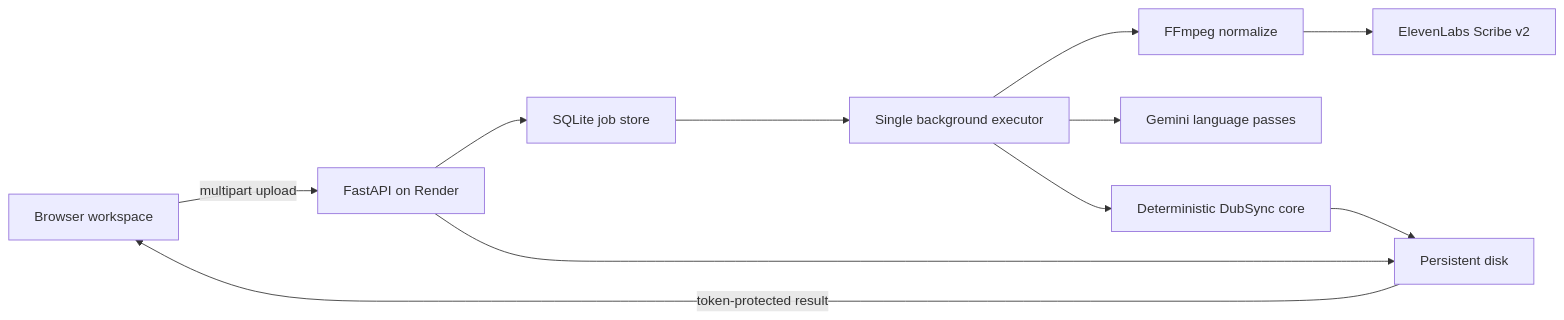
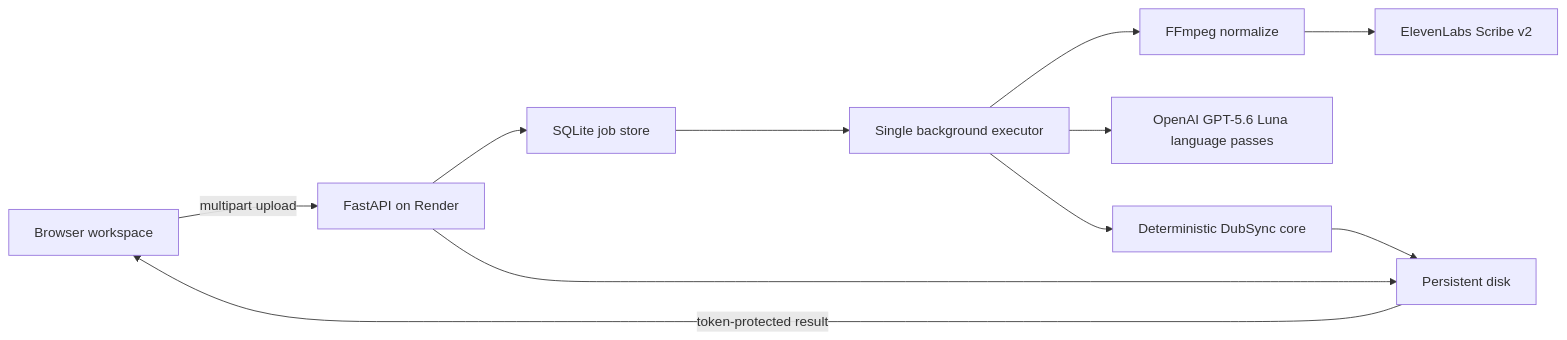
The diagram in docs/COMMERCIAL_PLAN.md (feelinglocal/DubSync), drawn with Mermaid before and after one commit. The commit also changed other lines of this file and 29 other files, not shown here.

Commit message:
feat: harden subtitle sync and migrate to GPT-5.6 Luna

````diff
--- a/docs/COMMERCIAL_PLAN.md
+++ b/docs/COMMERCIAL_PLAN.md
@@ -62,13 +62,13 @@
 ```mermaid
 flowchart LR
     B["Browser workspace"] -->|"multipart upload"| A["FastAPI on Render"]
     A --> J["SQLite job store"]
     A --> D["Persistent disk"]
     J --> W["Single background executor"]
     W --> F["FFmpeg normalize"]
     F --> E["ElevenLabs Scribe v2"]
-    W --> G["Gemini language passes"]
+    W --> G["OpenAI GPT-5.6 Luna language passes"]
     W --> C["Deterministic DubSync core"]
     C --> D
     D -->|"token-protected result"| B
 ```
````
